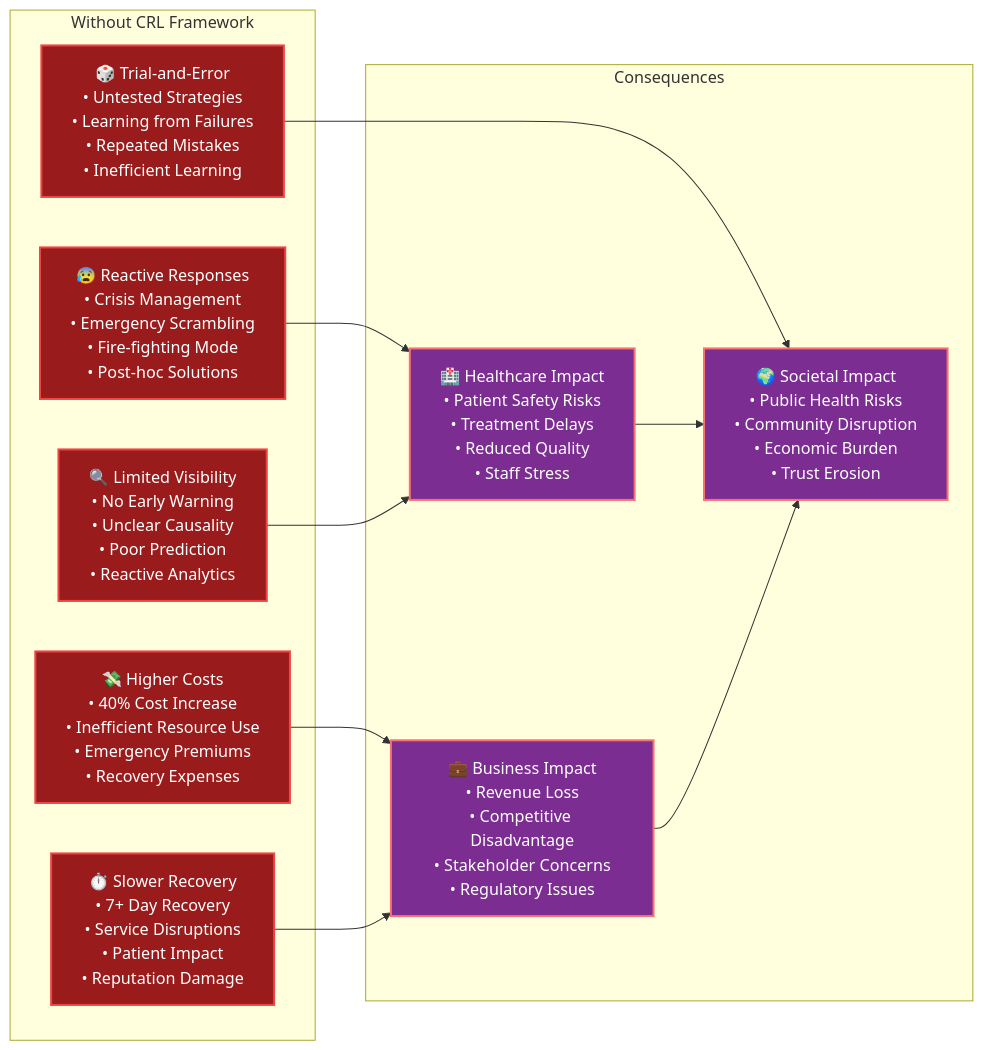
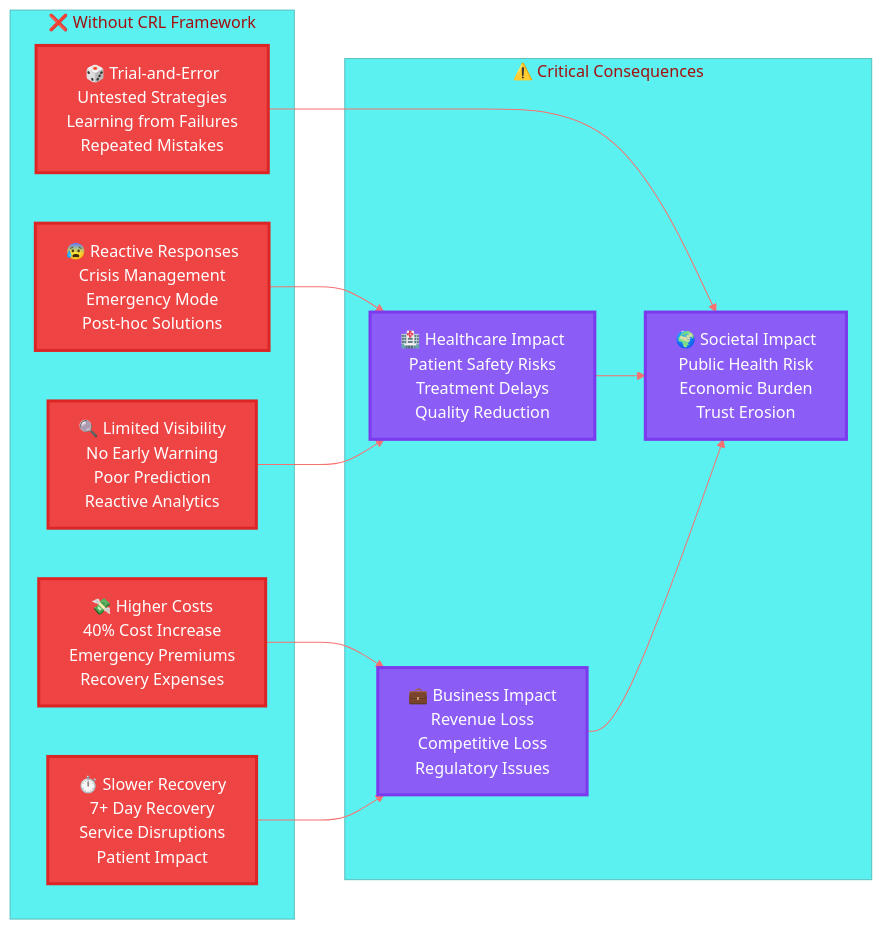
Before and after one commit to abhijit-ubale/JBL_stuff: the sixth of 8 diagrams in README.md, drawn with Mermaid. The commit also changed other lines of this file and 8 other files, not shown here.

````diff
--- a/README.md
+++ b/README.md
@@ -395,36 +848,44 @@
 ```mermaid
-graph LR
-    subgraph "Without CRL Framework"
-        L1["😰 Reactive Responses<br/>• Crisis Management<br/>• Emergency Scrambling<br/>• Fire-fighting Mode<br/>• Post-hoc Solutions"]
-        
-        L2["🔍 Limited Visibility<br/>• No Early Warning<br/>• Unclear Causality<br/>• Poor Prediction<br/>• Reactive Analytics"]
-        
-        L3["💸 Higher Costs<br/>• 40% Cost Increase<br/>• Inefficient Resource Use<br/>• Emergency Premiums<br/>• Recovery Expenses"]
-        
-        L4["⏱️ Slower Recovery<br/>• 7+ Day Recovery<br/>• Service Disruptions<br/>• Patient Impact<br/>• Reputation Damage"]
-        
-        L5["🎲 Trial-and-Error<br/>• Untested Strategies<br/>• Learning from Failures<br/>• Repeated Mistakes<br/>• Inefficient Learning"]
+%%{init: {
+  'theme': 'base',
+  'themeVariables': {
+    'primaryColor': '#EF4444',
+    'primaryTextColor': '#FFFFFF',
+    'primaryBorderColor': '#DC2626',
+    'lineColor': '#F87171',
+    'secondaryColor': '#8B5CF6',
+    'background': '#FEF2F2',
+    'mainBkg': '#FFFFFF',
+    'secondBkg': '#FEF2F2'
+  }
+}}%%
+flowchart LR
+    subgraph WO ["❌ Without CRL Framework"]
+        L1["😰 Reactive Responses<br/>Crisis Management<br/>Emergency Mode<br/>Post-hoc Solutions"]
+        L2["🔍 Limited Visibility<br/>No Early Warning<br/>Poor Prediction<br/>Reactive Analytics"]
+        L3["💸 Higher Costs<br/>40% Cost Increase<br/>Emergency Premiums<br/>Recovery Expenses"]
+        L4["⏱️ Slower Recovery<br/>7+ Day Recovery<br/>Service Disruptions<br/>Patient Impact"]
+        L5["🎲 Trial-and-Error<br/>Untested Strategies<br/>Learning from Failures<br/>Repeated Mistakes"]
     end
     
-    subgraph "Consequences"
-        C1["🏥 Healthcare Impact<br/>• Patient Safety Risks<br/>• Treatment Delays<br/>• Reduced Quality<br/>• Staff Stress"]
-        
-        C2["💼 Business Impact<br/>• Revenue Loss<br/>• Competitive Disadvantage<br/>• Stakeholder Concerns<br/>• Regulatory Issues"]
-        
-        C3["🌍 Societal Impact<br/>• Public Health Risks<br/>• Community Disruption<br/>• Economic Burden<br/>• Trust Erosion"]
+    subgraph CO ["⚠️ Critical Consequences"]
+        C1["🏥 Healthcare Impact<br/>Patient Safety Risks<br/>Treatment Delays<br/>Quality Reduction"]
+        C2["💼 Business Impact<br/>Revenue Loss<br/>Competitive Loss<br/>Regulatory Issues"]
+        C3["🌍 Societal Impact<br/>Public Health Risk<br/>Economic Burden<br/>Trust Erosion"]
     end
     
     L1 --> C1
     L2 --> C1
     L3 --> C2
     L4 --> C2
     L5 --> C3
     C1 --> C3
     C2 --> C3
     
-    classDef loss fill:#991b1b,stroke:#ef4444,stroke-width:2px,color:#ffffff
-    classDef consequence fill:#7c2d92,stroke:#f87171,stroke-width:2px,color:#ffffff
+    %% Styling
+    classDef lossStyle fill:#EF4444,stroke:#DC2626,stroke-width:3px,color:#FFFFFF
+    classDef consequenceStyle fill:#8B5CF6,stroke:#7C3AED,stroke-width:3px,color:#FFFFFF
     
-    class L1,L2,L3,L4,L5 loss
-    class C1,C2,C3 consequence
+    class L1,L2,L3,L4,L5 lossStyle
+    class C1,C2,C3 consequenceStyle
 ```
````
